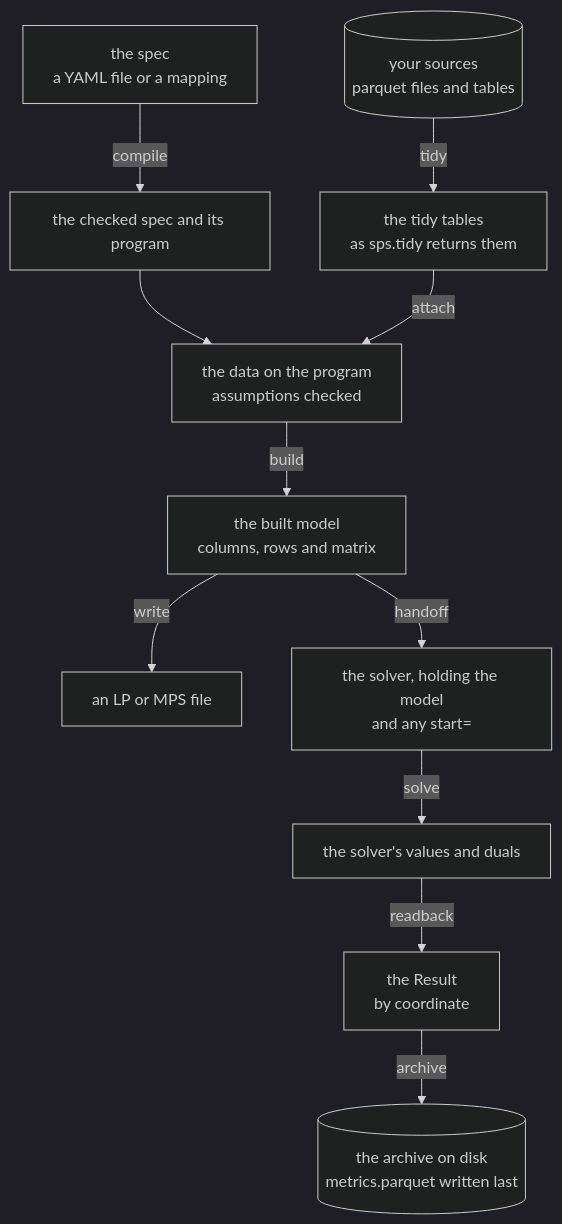
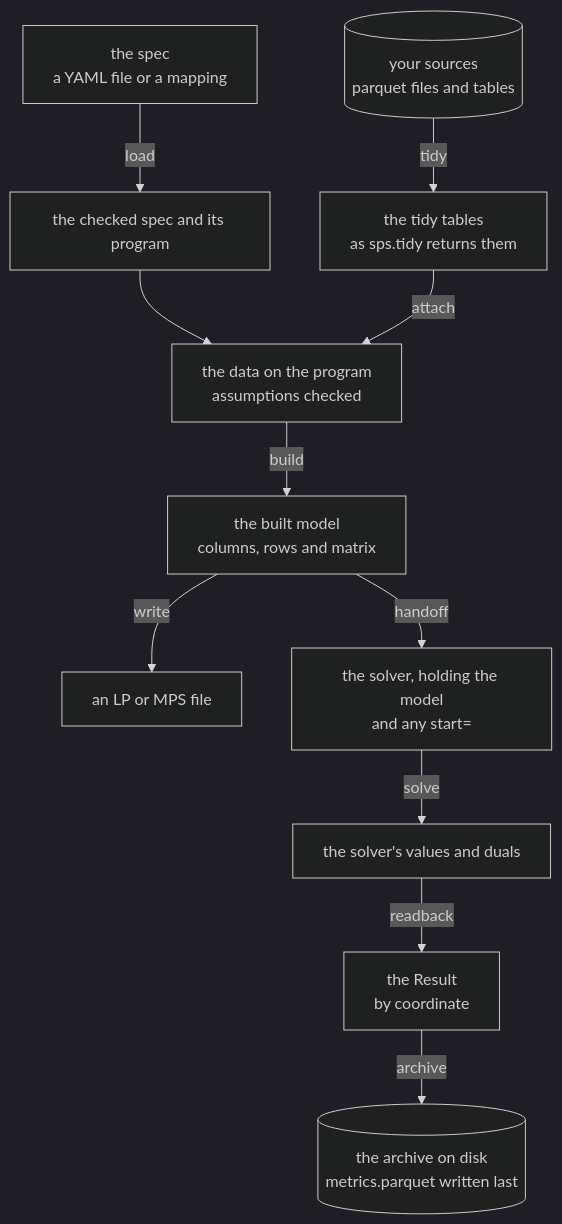
One commit to fluxopt/specsolve changed the diagram in docs/howto/timings.md. Above: the diagram before and after it, drawn with Mermaid (dark theme). The commit also changed other lines of this file and 11 other files, not shown here.

````diff
--- a/docs/howto/timings.md
+++ b/docs/howto/timings.md
@@ -34,13 +34,13 @@
 ```mermaid
 flowchart TB
-    SPEC["the spec<br/>a YAML file or a mapping"] -->|compile| PROGRAM["the checked spec and its program"]
+    SPEC["the spec<br/>a YAML file or a mapping"] -->|load| PROGRAM["the checked spec and its program"]
     DATA[("your sources<br/>parquet files and tables")] -->|tidy| TIDY["the tidy tables<br/>as sps.tidy returns them"]
     PROGRAM --> ATTACHED
     TIDY -->|attach| ATTACHED["the data on the program<br/>assumptions checked"]
     ATTACHED -->|build| BUILT["the built model<br/>columns, rows and matrix"]
     BUILT -->|write| FILE["an LP or MPS file"]
     BUILT -->|handoff| LOADED["the solver, holding the model<br/>and any start="]
     LOADED -->|solve| VALUES["the solver's values and duals"]
     VALUES -->|readback| RESULT["the Result<br/>by coordinate"]
     RESULT -->|archive| ARCHIVE[("the archive on disk<br/>metrics.parquet written last")]
 ```
````
